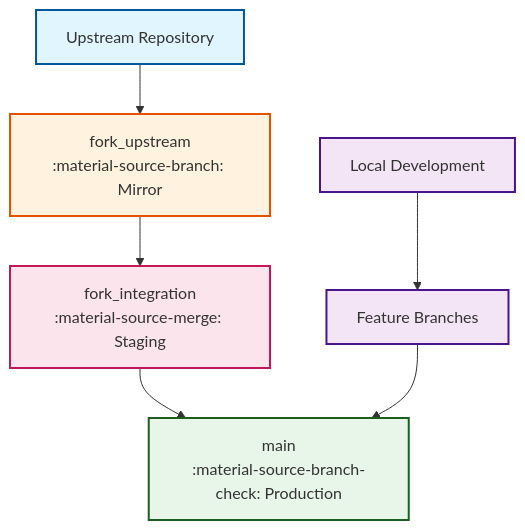
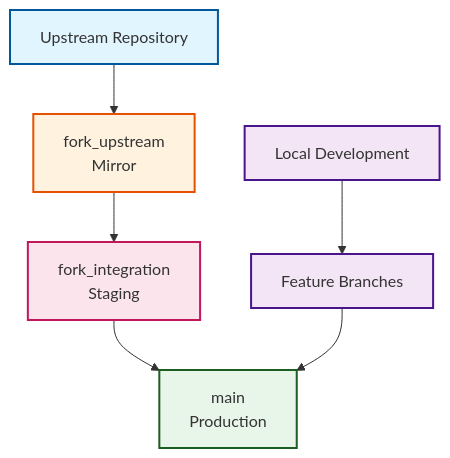
The first of 4 diagrams in doc/src/architecture/three_branch_strategy.md (danielscholl-osdu/osdu-fork-template), drawn with Mermaid before and after one commit. The commit also changed other lines of this file, not shown here.

First line of the commit message:
docs: improve three-branch strategy documentation clarity

````diff
--- a/doc/src/architecture/three_branch_strategy.md
+++ b/doc/src/architecture/three_branch_strategy.md
@@ -7,16 +7,16 @@
 ```mermaid
 graph TD
-    A[Upstream Repository] --> B[fork_upstream<br/>:material-source-branch: Mirror]
-    B --> C[fork_integration<br/>:material-source-merge: Staging]  
-    C --> D[main<br/>:material-source-branch-check: Production]
+    A[Upstream Repository] --> B[fork_upstream<br/>Mirror]
+    B --> C[fork_integration<br/>Staging]  
+    C --> D[main<br/>Production]
     
     E[Local Development] --> F[Feature Branches]
     F --> D
     
     style A fill:#e1f5fe,stroke:#01579b,stroke-width:2px
     style B fill:#fff3e0,stroke:#e65100,stroke-width:2px
     style C fill:#fce4ec,stroke:#c2185b,stroke-width:2px
     style D fill:#e8f5e9,stroke:#1b5e20,stroke-width:2px
     style E fill:#f3e5f5,stroke:#4a148c,stroke-width:2px
     style F fill:#f3e5f5,stroke:#4a148c,stroke-width:2px
 ```
````
